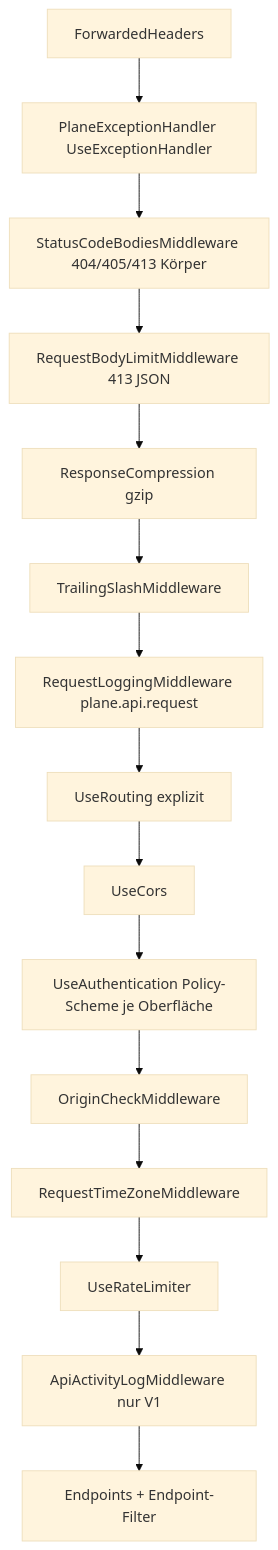
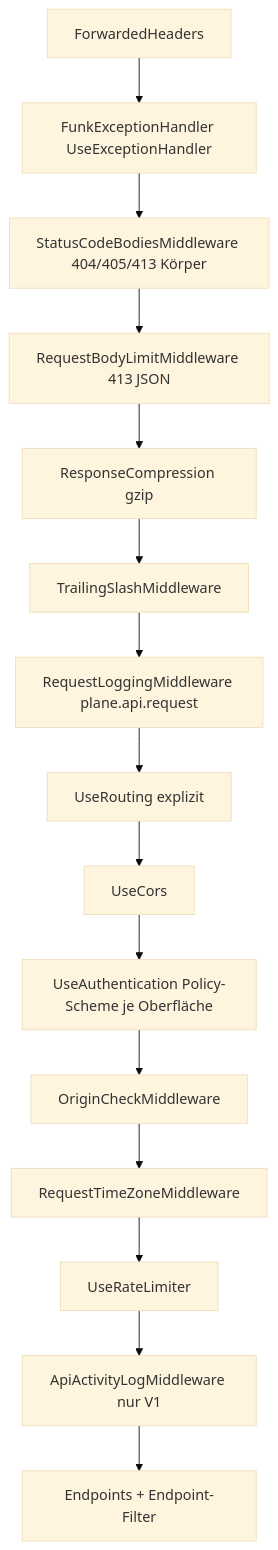
The second of 3 diagrams in migration/architecture/02-backend-solution-und-konventionen.md (mlwr/plane), drawn with Mermaid (base theme) before and after one commit. The commit also changed other lines of this file and 27 other files, not shown here.

First line of the commit message:
docs(migration): rename target identifiers to funk in architecture and plan docs

````diff
--- a/migration/architecture/02-backend-solution-und-konventionen.md
+++ b/migration/architecture/02-backend-solution-und-konventionen.md
@@ -353,17 +353,17 @@
 ```mermaid
 flowchart TB
-  A[ForwardedHeaders] --> B[PlaneExceptionHandler UseExceptionHandler]
+  A[ForwardedHeaders] --> B[FunkExceptionHandler UseExceptionHandler]
   B --> C[StatusCodeBodiesMiddleware 404/405/413 Körper]
   C --> D[RequestBodyLimitMiddleware 413 JSON]
   D --> E[ResponseCompression gzip]
   E --> F[TrailingSlashMiddleware]
   F --> G[RequestLoggingMiddleware plane.api.request]
   G --> I[UseRouting explizit]
   I --> H[UseCors]
   H --> J[UseAuthentication Policy-Scheme je Oberfläche]
   J --> K[OriginCheckMiddleware]
   K --> L[RequestTimeZoneMiddleware]
   L --> M[UseRateLimiter]
   M --> N[ApiActivityLogMiddleware nur V1]
   N --> O[Endpoints + Endpoint-Filter]
 ```
````
